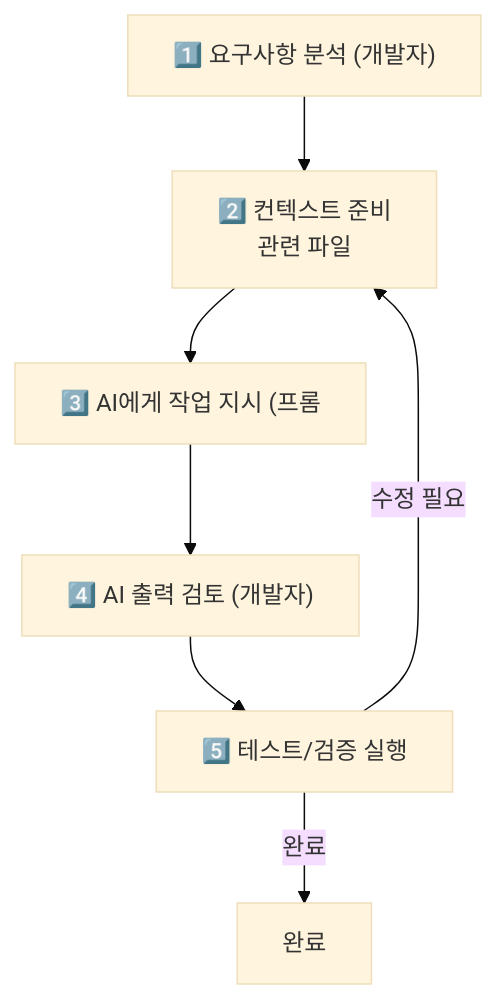
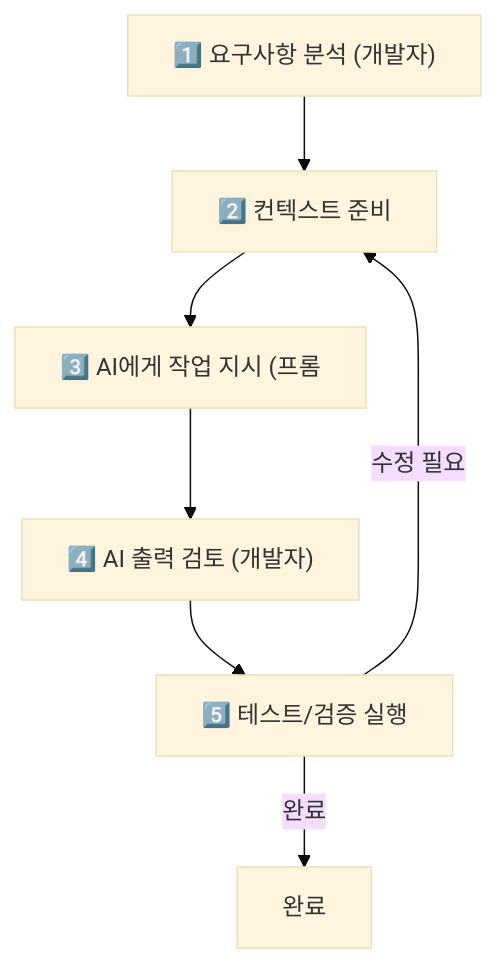
The first of 3 diagrams in _posts/ai/2026-05-01-ai-driven-development.md (yjkim2015/yjkim2015.github.io), drawn with Mermaid (base theme) before and after one commit. The commit also changed other lines of this file and 217 other files, not shown here.

First line of the commit message:
Mermaid 크기 수정: useMaxWidth:true + SVG max-width:100% + 라벨 축소

````diff
--- a/_posts/ai/2026-05-01-ai-driven-development.md
+++ b/_posts/ai/2026-05-01-ai-driven-development.md
@@ -40,9 +40,9 @@
 ```mermaid
 graph TD
-    A["1️⃣ 요구사항 분석 (개발자)"] --> B["2️⃣ 컨텍스트 준비\n관련 파일"]
+    A["1️⃣ 요구사항 분석 (개발자)"] --> B["2️⃣ 컨텍스트 준비"]
     B --> C["3️⃣ AI에게 작업 지시 (프롬"]
     C --> D["4️⃣ AI 출력 검토 (개발자)"]
     D --> E["5️⃣ 테스트/검증 실행"]
     E -->|"수정 필요"| B
     E -->|"완료"| F["완료"]
 ```
````
